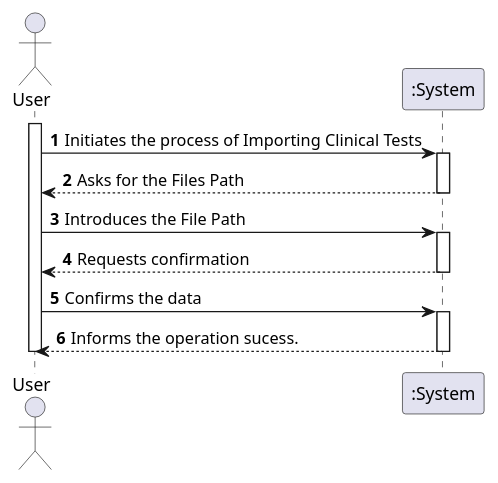
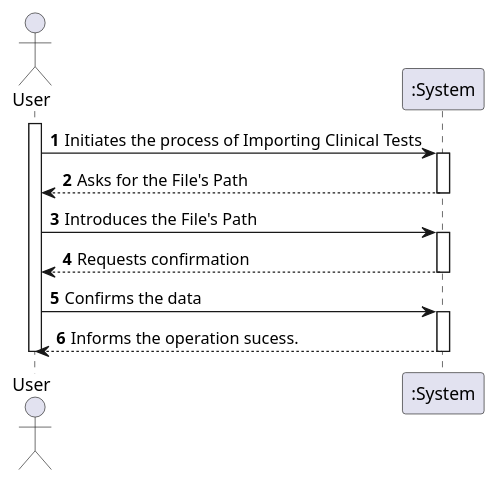
One commit to manu-07-ela/LAPR2_ISEP changed the diagram in docs/SprintD/US17/US17_SSD.puml. Above: the diagram before and after it, drawn with PlantUML. The commit also changed 4 other files, not shown here.

```diff
--- a/docs/SprintD/US17/US17_SSD.puml
+++ b/docs/SprintD/US17/US17_SSD.puml
@@ -1,25 +1,25 @@
 @startuml
 autonumber
 actor "User" as User
 
 activate User
 User -> ":System" : Initiates the process of Importing Clinical Tests
 activate ":System"
 
-":System" --> User : Asks for the Files Path
+":System" --> User : Asks for the File's Path
 deactivate ":System"
 
-User -> ":System" : Introduces the File Path
+User -> ":System" : Introduces the File's Path
 activate ":System"
 
 ":System" --> User : Requests confirmation
 deactivate ":System"
 
 User -> ":System" : Confirms the data
 activate ":System"
 ":System" --> User : Informs the operation sucess.
 deactivate ":System"
 
 deactivate User
 
 @enduml
```
